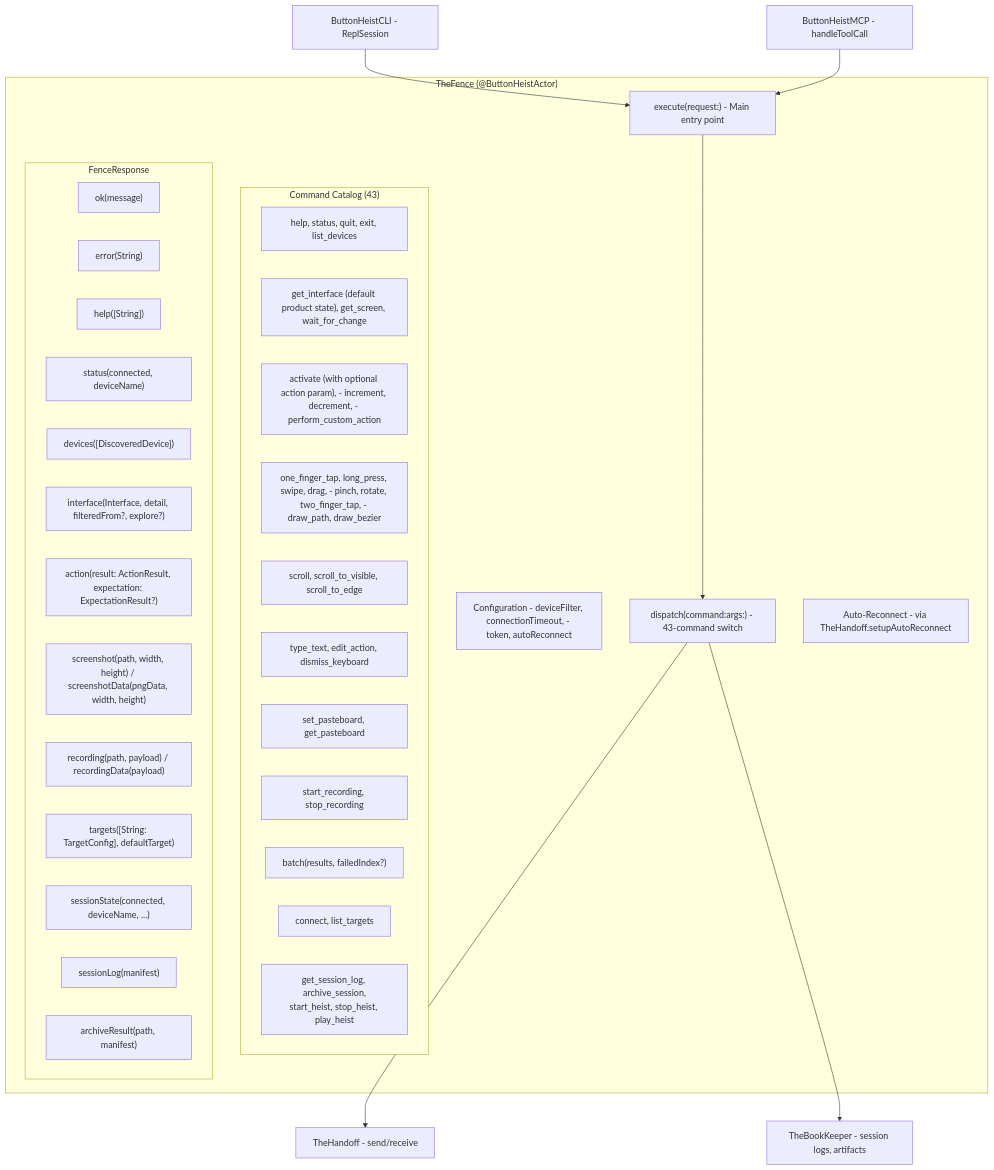
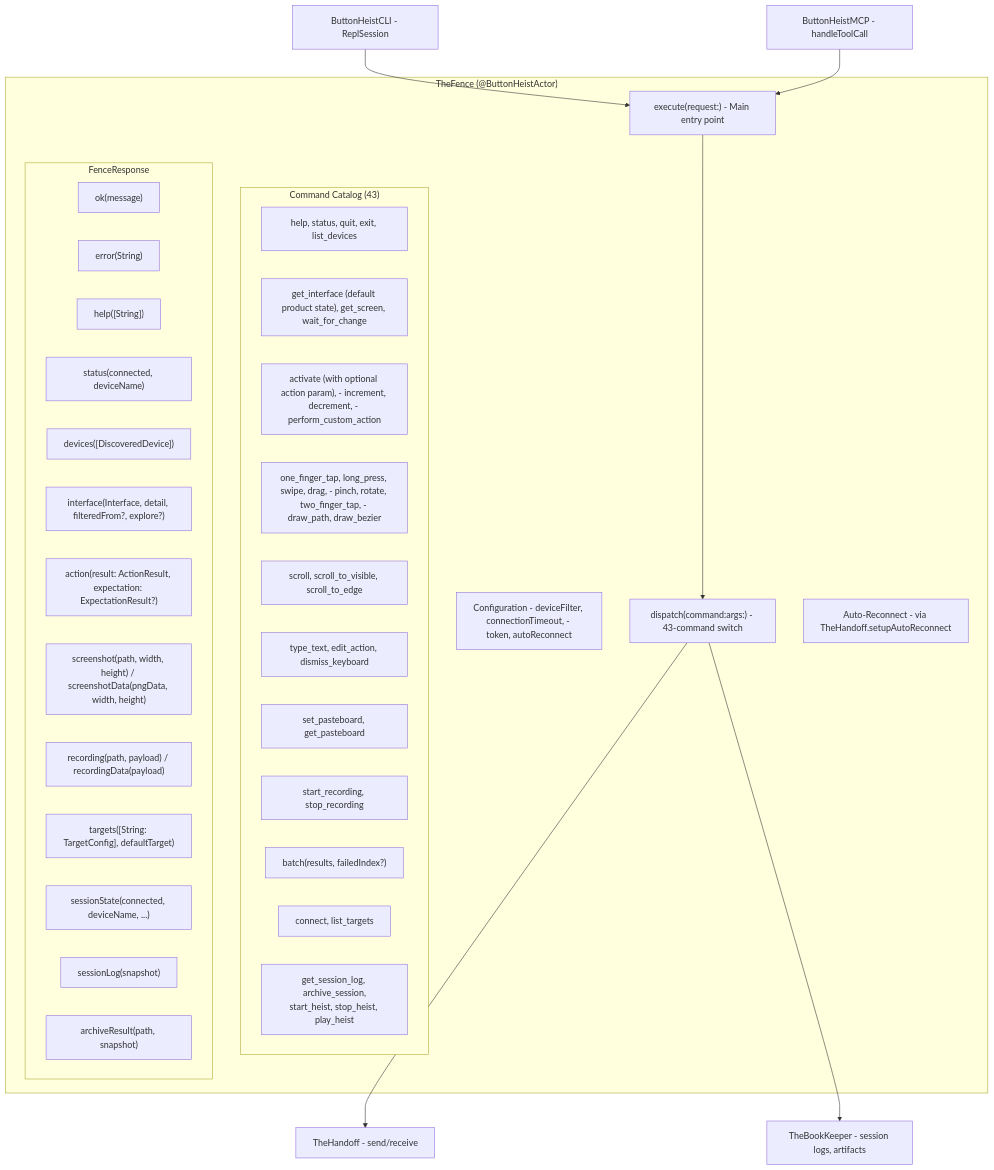
One commit to RoyalPineapple/TheButtonHeist changed the first of 3 diagrams in docs/dossiers/03-THEFENCE.md. Above: the diagram before and after it, drawn with Mermaid. The commit also changed other lines of this file and 9 other files, not shown here.

````diff
--- a/docs/dossiers/03-THEFENCE.md
+++ b/docs/dossiers/03-THEFENCE.md
@@ -29,46 +29,46 @@
 ```mermaid
 graph TD
     subgraph TheFence["TheFence (@ButtonHeistActor)"]
         Config["Configuration - deviceFilter, connectionTimeout, - token, autoReconnect"]
         Execute["execute(request:) - Main entry point"]
         Dispatch["dispatch(command:args:) - 43-command switch"]
         Reconnect["Auto-Reconnect - via TheHandoff.setupAutoReconnect"]
 
         subgraph Commands["Command Catalog (43)"]
             Conn["help, status, quit, exit, list_devices"]
             IF["get_interface (default product state), get_screen, wait_for_change"]
             Access["activate (with optional action param), - increment, decrement, - perform_custom_action"]
             Gesture["one_finger_tap, long_press, swipe, drag, - pinch, rotate, two_finger_tap, - draw_path, draw_bezier"]
             Scroll["scroll, scroll_to_visible, scroll_to_edge"]
             Text["type_text, edit_action, dismiss_keyboard"]
             Pasteboard["set_pasteboard, get_pasteboard"]
             Rec["start_recording, stop_recording"]
             Batch["run_batch, get_session_state, wait_for"]
             Target["connect, list_targets"]
             BookKeeper["get_session_log, archive_session,\nstart_heist, stop_heist, play_heist"]
         end
 
         subgraph Response["FenceResponse"]
             Ok["ok(message)"]
             Err["error(String)"]
             Help["help([String])"]
             Status["status(connected, deviceName)"]
             DevList["devices([DiscoveredDevice])"]
             IFResp["interface(Interface, detail, filteredFrom?, explore?)"]
             Action["action(result: ActionResult, expectation: ExpectationResult?)"]
             Screenshot["screenshot(path, width, height) / screenshotData(pngData, width, height)"]
             Recording["recording(path, payload) / recordingData(payload)"]
             Targets["targets([String: TargetConfig], defaultTarget)"]
             Batch["batch(results, failedIndex?)"]
             SessionState["sessionState(connected, deviceName, ...)"]
-            SessionLog["sessionLog(manifest)"]
-            ArchiveResult["archiveResult(path, manifest)"]
+            SessionLog["sessionLog(snapshot)"]
+            ArchiveResult["archiveResult(path, snapshot)"]
         end
     end
 
     CLI["ButtonHeistCLI - ReplSession"] --> Execute
     MCP["ButtonHeistMCP - handleToolCall"] --> Execute
     Execute --> Dispatch
     Dispatch --> Client["TheHandoff - send/receive"]
     Dispatch --> BookKeeperObj["TheBookKeeper - session logs, artifacts"]
 ```
````
